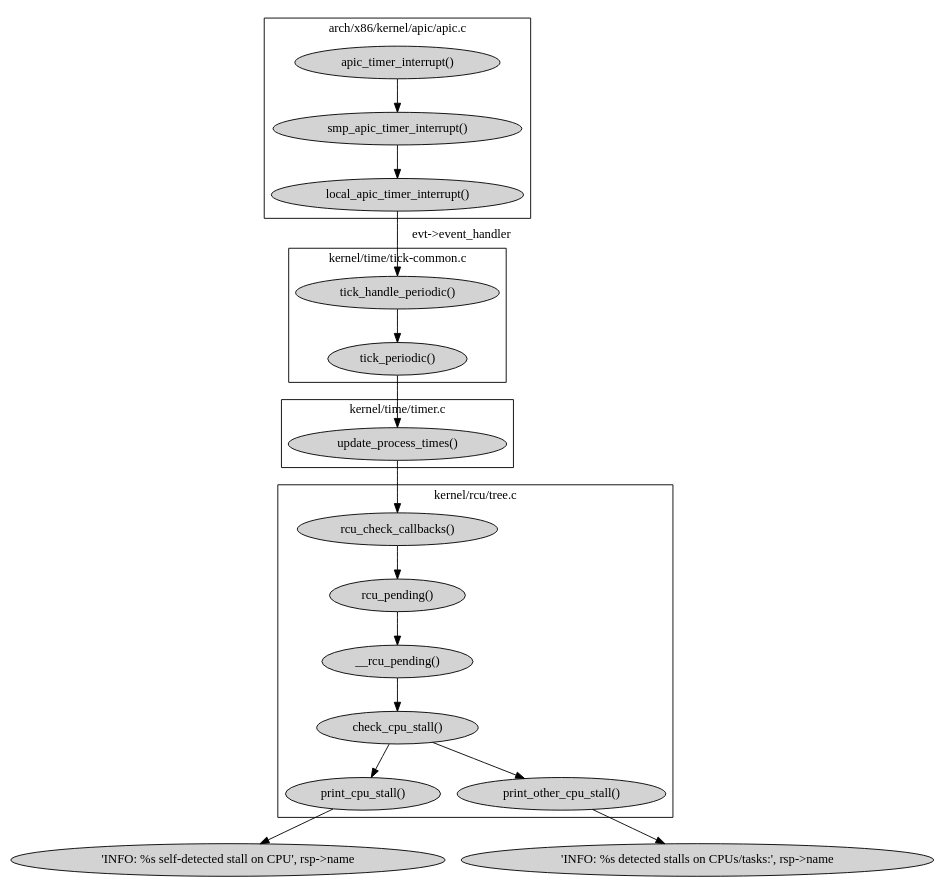
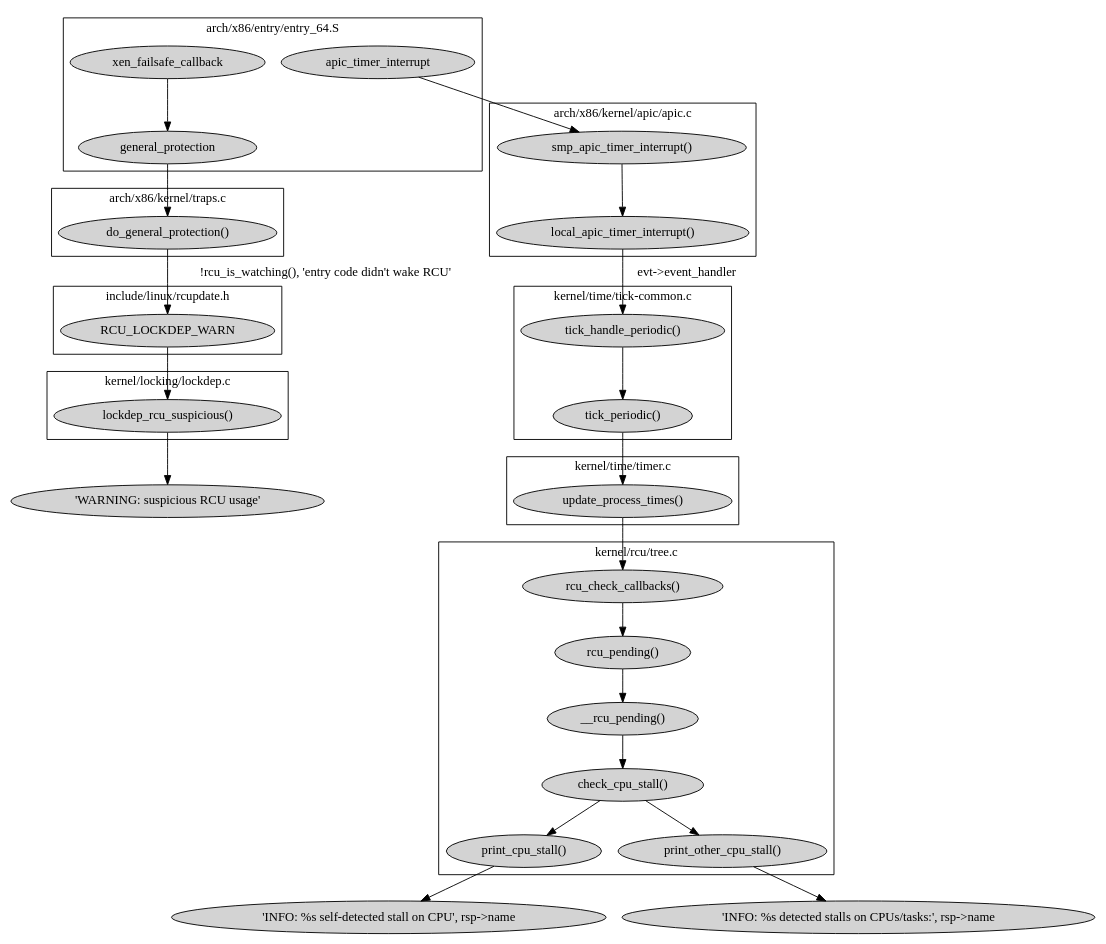
The diagram in graphviz/kernel_rcu.dot (shiwanglai/dev-tools), drawn with Graphviz before and after one commit. The commit also changed 3 other files, not shown here.

Commit message:
dot: kernel rcu general_protection

```diff
--- a/graphviz/kernel_rcu.dot
+++ b/graphviz/kernel_rcu.dot
@@ -1,61 +1,91 @@
-/* 
+/*
  * graphviz.org
  * a -> b
  */
 digraph kernel {
 //	rankdir = "LR"
 //	label = "Diagram of rcu check"
 	node [ style=filled ]
 
-	subgraph cluster_arch_x86_kernel_apic_apic_c {
+	subgraph cluster_arch_x86_entry_entry_64_s {
 		label = "arch/x86/entry/entry_64.S"
 
-		"apic_timer_interrupt()"
+		"apic_timer_interrupt"
+		"xen_failsafe_callback"
+		"general_protection"
 	}
 
 	subgraph cluster_arch_x86_kernel_apic_apic_c {
 		label = "arch/x86/kernel/apic/apic.c"
 
 		"smp_apic_timer_interrupt()"
 		/* "smp_trace_apic_timer_interrupt()" */
 		"local_apic_timer_interrupt()"
 	}
 
 	subgraph cluster_kernel_time_tick_common_c {
 		label = "kernel/time/tick-common.c"
 
 		"tick_periodic()"
 		"tick_handle_periodic()"
 	}
 
 	subgraph cluster_kernel_time_timer_c {
 		label = "kernel/time/timer.c"
 
 		"update_process_times()"
 	}
 
-	subgraph cluster_kernel_rcu_tree {
+	subgraph cluster_kernel_rcu_tree_c {
 		label = "kernel/rcu/tree.c"
 
-		"rcu_check_callbacks()"		
+		"rcu_check_callbacks()"
 		"rcu_pending()"
 		"__rcu_pending()"
 		"check_cpu_stall()"
 		"print_cpu_stall()"
 		"print_other_cpu_stall()"
 	}
 
-	"apic_timer_interrupt()" -> "smp_apic_timer_interrupt()" -> "local_apic_timer_interrupt()"
+	subgraph cluster_arch_x86_kernel_traps_c {
+		label = "arch/x86/kernel/traps.c"
+
+		"do_general_protection()"
+	}
+
+	subgraph cluster_include_linux_rcupdate_h {
+		label = "include/linux/rcupdate.h"
+
+		"RCU_LOCKDEP_WARN"
+	}
+
+	subgraph cluster_kernel_lock_locdep_c {
+		label = "kernel/locking/lockdep.c"
+
+		"lockdep_rcu_suspicious()"
+	}
+
+	/*
+	 * rcu check cpu stall
+	 */
+	"apic_timer_interrupt" -> "smp_apic_timer_interrupt()" -> "local_apic_timer_interrupt()"
 	"local_apic_timer_interrupt()" -> "tick_handle_periodic()" [label = "evt->event_handler"]
 	"tick_handle_periodic()" -> "tick_periodic()" -> "update_process_times()"
 
 	"update_process_times()" -> "rcu_check_callbacks()" -> "rcu_pending()" ->
 		"__rcu_pending()" -> "check_cpu_stall()" -> {
 		"print_cpu_stall()";
 		"print_other_cpu_stall()"
 	}
 
 	"print_cpu_stall()" -> "'INFO: %s self-detected stall on CPU', rsp->name"
 	"print_other_cpu_stall()" -> "'INFO: %s detected stalls on CPUs/tasks:', rsp->name"
 
+	/*
+	 * rcu check cpu stall
+	 */
+	"xen_failsafe_callback" -> "general_protection" -> "do_general_protection()"
+	"do_general_protection()" -> "RCU_LOCKDEP_WARN" [label="!rcu_is_watching(), 'entry code didn't wake RCU'"]
+	"RCU_LOCKDEP_WARN" -> "lockdep_rcu_suspicious()" -> "'WARNING: suspicious RCU usage'"
+
 }
```
